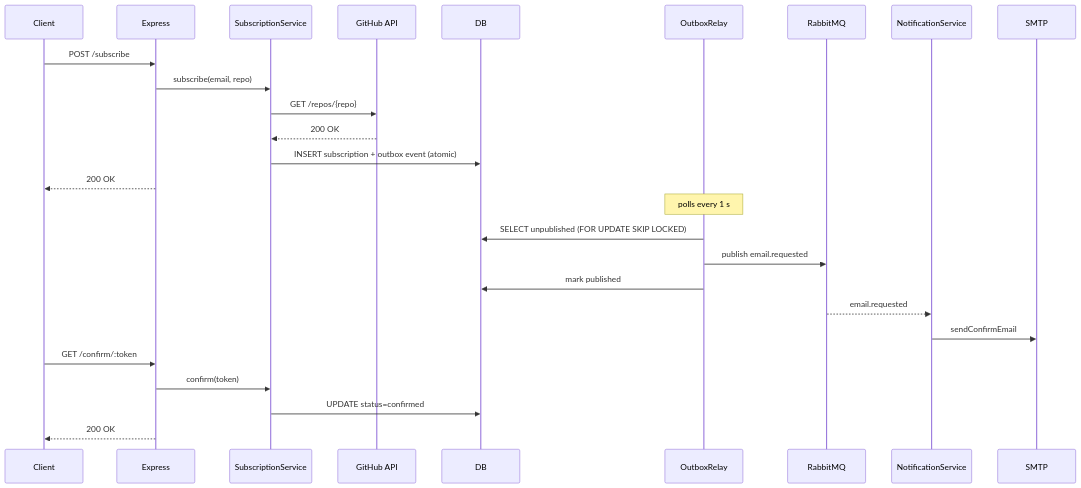
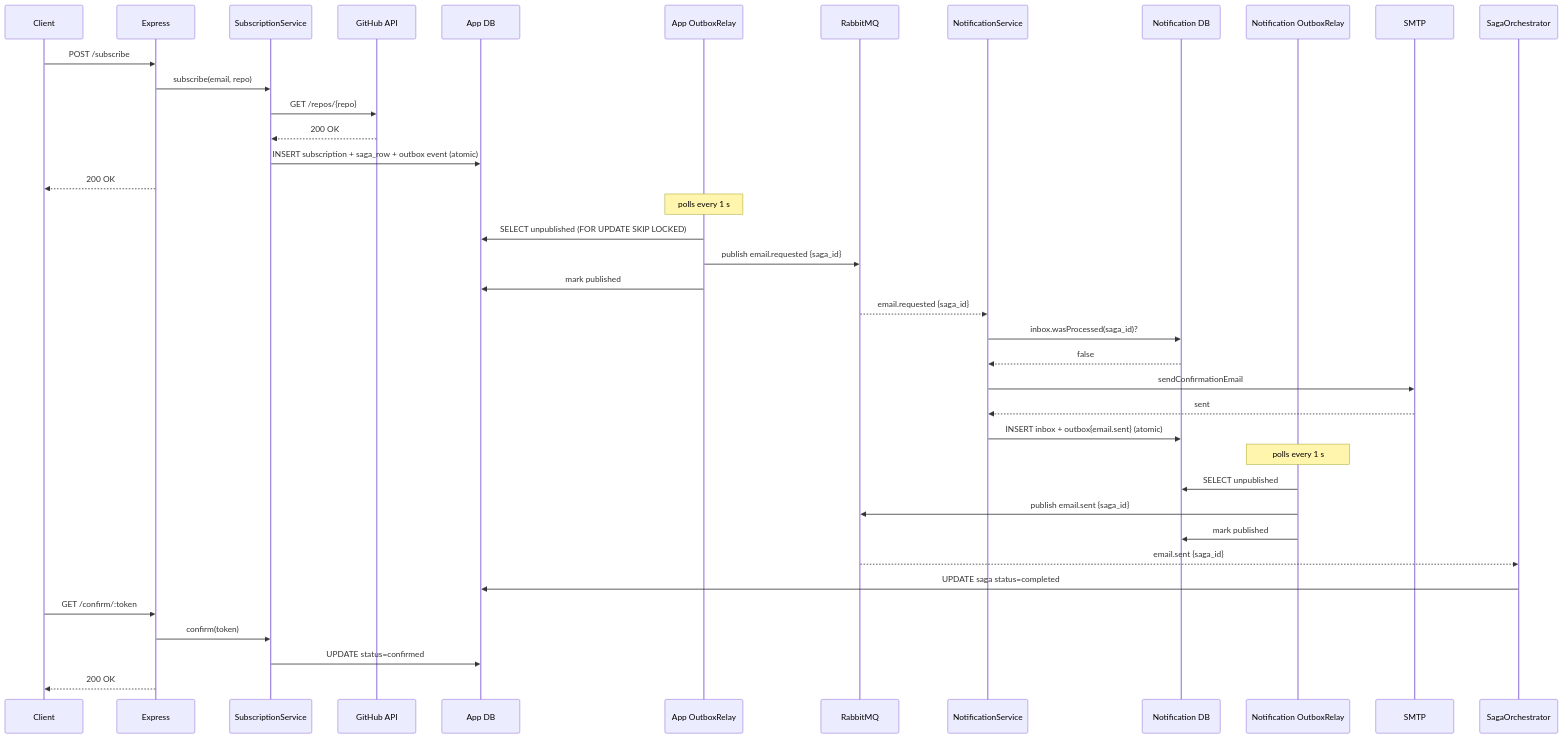
One commit to GenesisEducationKyiv/software-engineering-school-6-0-Hradivnyk changed the third of 7 diagrams in docs/system-design.md. Above: the diagram before and after it, drawn with Mermaid. The commit also changed other lines of this file, not shown here.

Commit message:
docs: update system design with saga sequence diagrams and new data model

````diff
--- a/docs/system-design.md
+++ b/docs/system-design.md
@@ -182,31 +188,46 @@
 ```mermaid
 sequenceDiagram
     participant Client
     participant Express
     participant SubscriptionService
     participant GitHubAPI as GitHub API
-    participant DB
-    participant OutboxRelay
+    participant AppDB as App DB
+    participant OutboxRelay as App OutboxRelay
     participant RabbitMQ
     participant NotificationService
+    participant NotifDB as Notification DB
+    participant NotifRelay as Notification OutboxRelay
     participant SMTP
+    participant Orchestrator as SagaOrchestrator
 
     Client->>Express: POST /subscribe
     Express->>SubscriptionService: subscribe(email, repo)
     SubscriptionService->>GitHubAPI: GET /repos/{repo}
     GitHubAPI-->>SubscriptionService: 200 OK
-    SubscriptionService->>DB: INSERT subscription + outbox event (atomic)
+    SubscriptionService->>AppDB: INSERT subscription + saga_row + outbox event (atomic)
     Express-->>Client: 200 OK
 
     Note over OutboxRelay: polls every 1 s
-    OutboxRelay->>DB: SELECT unpublished (FOR UPDATE SKIP LOCKED)
-    OutboxRelay->>RabbitMQ: publish email.requested
-    OutboxRelay->>DB: mark published
-    RabbitMQ-->>NotificationService: email.requested
-    NotificationService->>SMTP: sendConfirmEmail
+    OutboxRelay->>AppDB: SELECT unpublished (FOR UPDATE SKIP LOCKED)
+    OutboxRelay->>RabbitMQ: publish email.requested {saga_id}
+    OutboxRelay->>AppDB: mark published
+    RabbitMQ-->>NotificationService: email.requested {saga_id}
+
+    NotificationService->>NotifDB: inbox.wasProcessed(saga_id)?
+    NotifDB-->>NotificationService: false
+    NotificationService->>SMTP: sendConfirmationEmail
+    SMTP-->>NotificationService: sent
+    NotificationService->>NotifDB: INSERT inbox + outbox{email.sent} (atomic)
+
+    Note over NotifRelay: polls every 1 s
+    NotifRelay->>NotifDB: SELECT unpublished
+    NotifRelay->>RabbitMQ: publish email.sent {saga_id}
+    NotifRelay->>NotifDB: mark published
+    RabbitMQ-->>Orchestrator: email.sent {saga_id}
+    Orchestrator->>AppDB: UPDATE saga status=completed
 
     Client->>Express: GET /confirm/:token
     Express->>SubscriptionService: confirm(token)
-    SubscriptionService->>DB: UPDATE status=confirmed
+    SubscriptionService->>AppDB: UPDATE status=confirmed
     Express-->>Client: 200 OK
 ```
````
